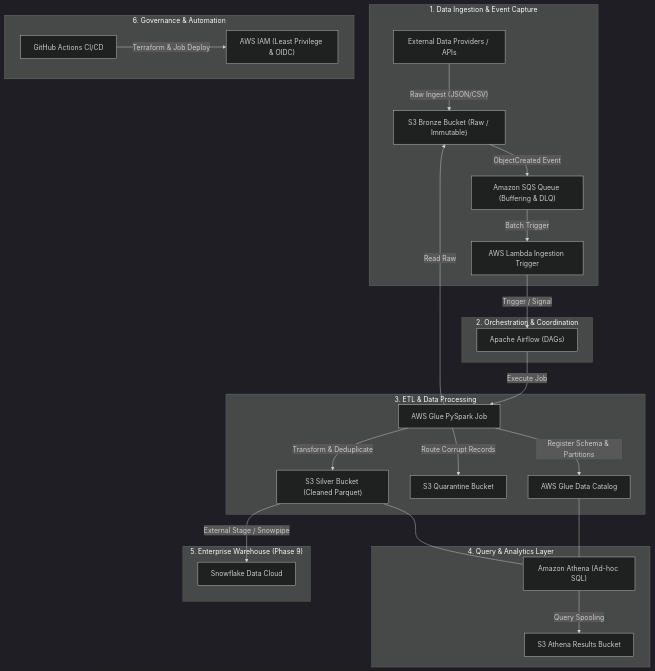
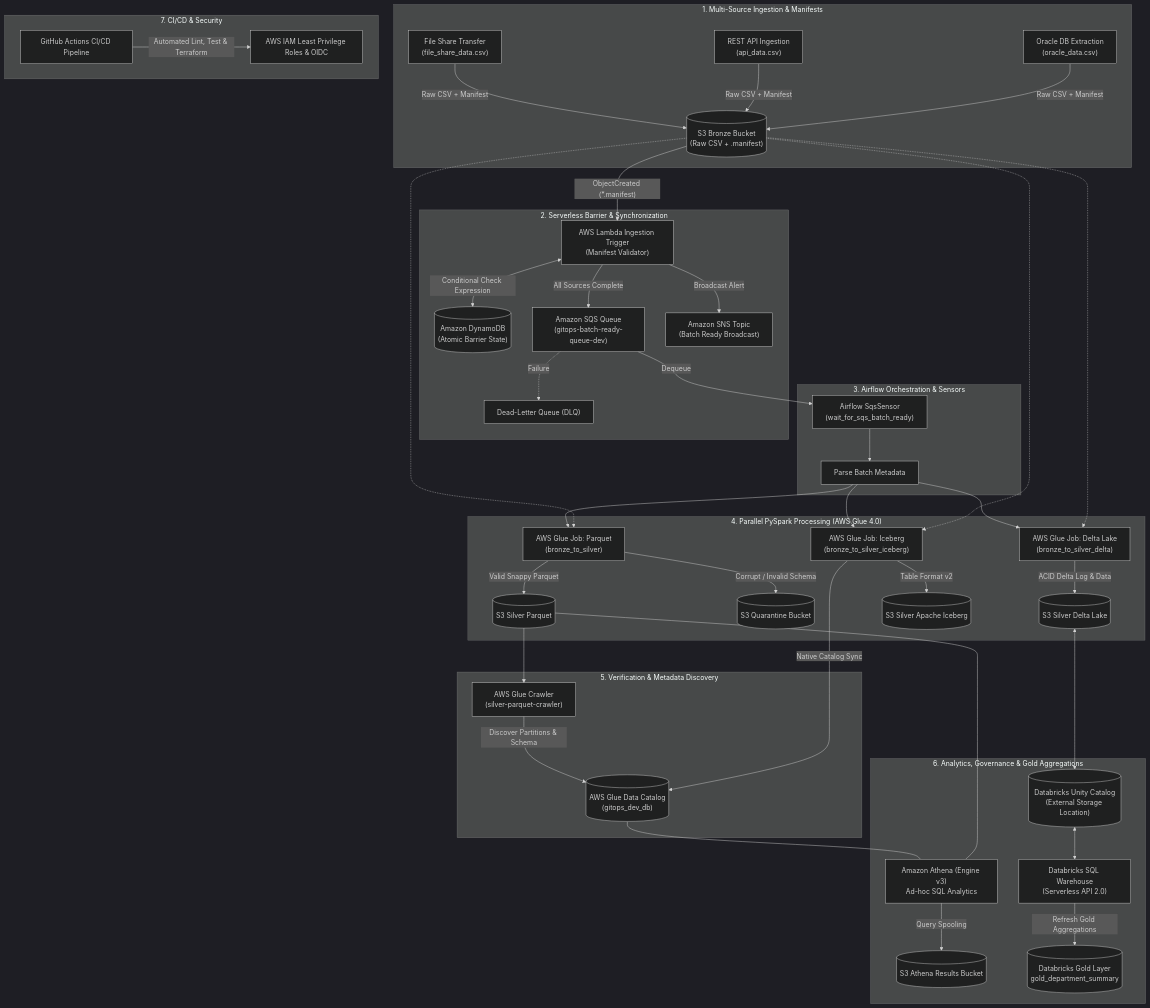
One commit to nasir473/gitops_de_blueprint changed the diagram in docs/architecture.md. Above: the diagram before and after it, drawn with Mermaid (dark theme). The commit also changed 42 other files, not shown here.

Commit message:
until SQS, SNS iceberg - cloudwatch

````diff
--- a/docs/architecture.md
+++ b/docs/architecture.md
@@ -17,37 +17,82 @@
 ```mermaid
 flowchart TD
-    subgraph Ingestion ["1. Data Ingestion & Event Capture"]
-        SRC["External Data Providers / APIs"] -->|"Raw Ingest (JSON/CSV)"| S3_BRONZE["S3 Bronze Bucket (Raw / Immutable)"]
-        S3_BRONZE -->|"ObjectCreated Event"| SQS["Amazon SQS Queue (Buffering & DLQ)"]
-        SQS -->|"Batch Trigger"| LAMBDA["AWS Lambda Ingestion Trigger"]
+    subgraph Ingestion ["1. Multi-Source Ingestion & Manifests"]
+        SRC_FS["File Share Transfer<br/>(file_share_data.csv)"]
+        SRC_API["REST API Ingestion<br/>(api_data.csv)"]
+        SRC_ORA["Oracle DB Extraction<br/>(oracle_data.csv)"]
+        S3_BRONZE[("S3 Bronze Bucket<br/>(Raw CSV + .manifest)")]
+        SRC_FS & SRC_API & SRC_ORA -->|"Raw CSV + Manifest"| S3_BRONZE
     end
 
-    subgraph Orchestration ["2. Orchestration & Coordination"]
-        AIRFLOW["Apache Airflow (DAGs)"]
-        LAMBDA -->|"Trigger / Signal"| AIRFLOW
+    subgraph Barrier ["2. Serverless Barrier & Synchronization"]
+        LAMBDA["AWS Lambda Ingestion Trigger<br/>(Manifest Validator)"]
+        DDB[("Amazon DynamoDB<br/>(Atomic Barrier State)")]
+        SQS["Amazon SQS Queue<br/>(gitops-batch-ready-queue-dev)"]
+        SNS["Amazon SNS Topic<br/>(Batch Ready Broadcast)"]
+        SQS_DLQ["Dead-Letter Queue (DLQ)"]
+
+        S3_BRONZE -->|"ObjectCreated (*.manifest)"| LAMBDA
+        LAMBDA <-->|"Conditional Check Expression"| DDB
+        LAMBDA -->|"All Sources Complete"| SQS
+        LAMBDA -->|"Broadcast Alert"| SNS
+        SQS -.->|"Failure"| SQS_DLQ
     end
 
-    subgraph Processing ["3. ETL & Data Processing"]
-        AIRFLOW -->|"Execute Job"| GLUE["AWS Glue PySpark Job"]
-        GLUE -->|"Read Raw"| S3_BRONZE
-        GLUE -->|"Transform & Deduplicate"| S3_SILVER["S3 Silver Bucket (Cleaned Parquet)"]
-        GLUE -->|"Route Corrupt Records"| S3_QUARANTINE["S3 Quarantine Bucket"]
-        GLUE -->|"Register Schema & Partitions"| GLUE_CATALOG["AWS Glue Data Catalog"]
+    subgraph Orchestration ["3. Airflow Orchestration & Sensors"]
+        AIRFLOW_SENSOR["Airflow SqsSensor<br/>(wait_for_sqs_batch_ready)"]
+        AIRFLOW_PARSE["Parse Batch Metadata"]
+        SQS -->|"Dequeue"| AIRFLOW_SENSOR
+        AIRFLOW_SENSOR --> AIRFLOW_PARSE
     end
 
-    subgraph Analytics ["4. Query & Analytics Layer"]
-        GLUE_CATALOG --- ATHENA["Amazon Athena (Ad-hoc SQL)"]
-        S3_SILVER --- ATHENA
-        ATHENA -->|"Query Spooling"| S3_ATHENA["S3 Athena Results Bucket"]
+    subgraph Processing ["4. Parallel PySpark Processing (AWS Glue 4.0)"]
+        GLUE_PQ["AWS Glue Job: Parquet<br/>(bronze_to_silver)"]
+        GLUE_DELTA["AWS Glue Job: Delta Lake<br/>(bronze_to_silver_delta)"]
+        GLUE_ICE["AWS Glue Job: Iceberg<br/>(bronze_to_silver_iceberg)"]
+
+        AIRFLOW_PARSE --> GLUE_PQ
+        AIRFLOW_PARSE --> GLUE_DELTA
+        AIRFLOW_PARSE --> GLUE_ICE
+
+        S3_BRONZE -.-> GLUE_PQ & GLUE_DELTA & GLUE_ICE
+
+        S3_SILVER_PQ[("S3 Silver Parquet")]
+        S3_QUARANTINE[("S3 Quarantine Bucket")]
+        S3_SILVER_DELTA[("S3 Silver Delta Lake")]
+        S3_SILVER_ICE[("S3 Silver Apache Iceberg")]
+
+        GLUE_PQ -->|"Valid Snappy Parquet"| S3_SILVER_PQ
+        GLUE_PQ -->|"Corrupt / Invalid Schema"| S3_QUARANTINE
+        GLUE_DELTA -->|"ACID Delta Log & Data"| S3_SILVER_DELTA
+        GLUE_ICE -->|"Table Format v2"| S3_SILVER_ICE
     end
 
-    subgraph Downstream ["5. Enterprise Warehouse (Phase 9)"]
-        S3_SILVER -->|"External Stage / Snowpipe"| SNOWFLAKE["Snowflake Data Cloud"]
+    subgraph Discovery ["5. Verification & Metadata Discovery"]
+        CRAWLER["AWS Glue Crawler<br/>(silver-parquet-crawler)"]
+        GLUE_CATALOG[("AWS Glue Data Catalog<br/>(gitops_dev_db)")]
+        S3_SILVER_PQ --> CRAWLER
+        CRAWLER -->|"Discover Partitions & Schema"| GLUE_CATALOG
+        GLUE_ICE -->|"Native Catalog Sync"| GLUE_CATALOG
     end
 
-    subgraph Security_CI ["6. Governance & Automation"]
-        IAM["AWS IAM (Least Privilege & OIDC)"]
-        GHA["GitHub Actions CI/CD"]
-        GHA -->|"Terraform & Job Deploy"| IAM
+    subgraph Analytics ["6. Analytics, Governance & Gold Aggregations"]
+        ATHENA["Amazon Athena (Engine v3)<br/>Ad-hoc SQL Analytics"]
+        GLUE_CATALOG --- ATHENA
+        S3_SILVER_PQ --- ATHENA
+        S3_ATHENA[("S3 Athena Results Bucket")]
+        ATHENA -->|"Query Spooling"| S3_ATHENA
+
+        DBX_SQL["Databricks SQL Warehouse<br/>(Serverless API 2.0)"]
+        DBX_UC[("Databricks Unity Catalog<br/>(External Storage Location)")]
+        DBX_GOLD[("Databricks Gold Layer<br/>gold_department_summary")]
+        S3_SILVER_DELTA <--> DBX_UC
+        DBX_UC <--> DBX_SQL
+        DBX_SQL -->|"Refresh Gold Aggregations"| DBX_GOLD
+    end
+
+    subgraph Governance ["7. CI/CD & Security"]
+        IAM["AWS IAM Least Privilege Roles & OIDC"]
+        GHA["GitHub Actions CI/CD Pipeline"]
+        GHA -->|"Automated Lint, Test & Terraform"| IAM
     end
 ```
````
